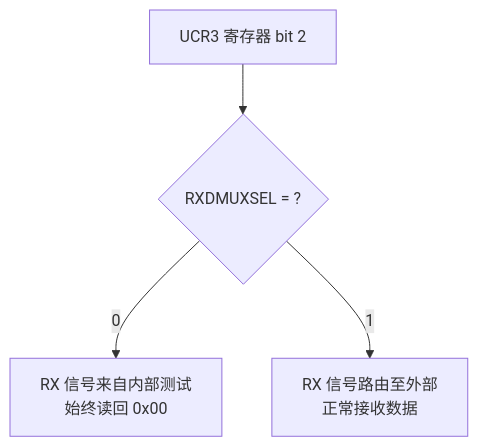
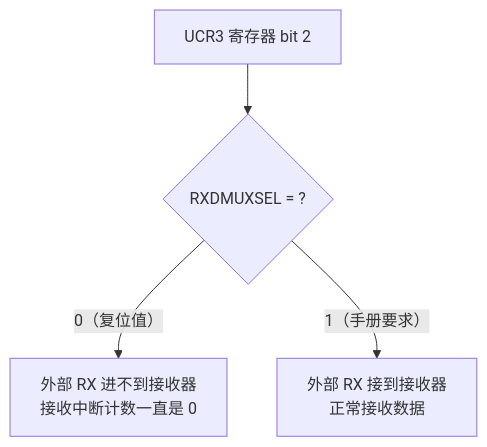
Before and after one commit to 2549227674/linux-kernel-driver-labs: the fifth of 5 diagrams in 08-Sleeping-and-Handling-Interrupts/docs/README.md, drawn with Mermaid. The commit also changed other lines of this file and 16 other files, not shown here.

````diff
--- a/08-Sleeping-and-Handling-Interrupts/docs/README.md
+++ b/08-Sleeping-and-Handling-Interrupts/docs/README.md
@@ -72,6 +72,6 @@
 ```mermaid
 graph TD
     A["UCR3 寄存器 bit 2"] --> B{"RXDMUXSEL = ?"}
-    B -->|0| C["RX 信号来自内部测试<br>始终读回 0x00"]
-    B -->|1| D["RX 信号路由至外部<br>正常接收数据"]
+    B -->|"0（复位值）"| C["外部 RX 进不到接收器<br>接收中断计数一直是 0"]
+    B -->|"1（手册要求）"| D["外部 RX 接到接收器<br>正常接收数据"]
 ```
````
